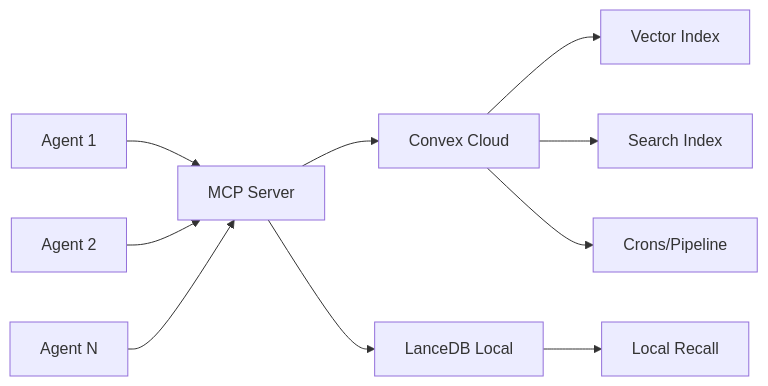
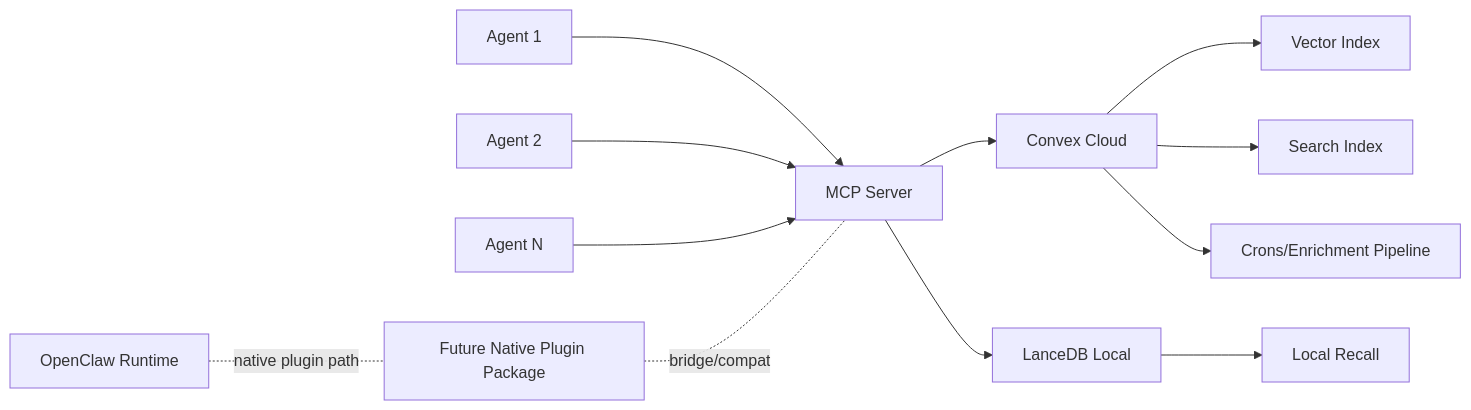
The first of 6 diagrams in docs/diagrams/architecture.md (RyanLisse/engram), drawn with Mermaid before and after one commit. The commit also changed other lines of this file and 5 other files, not shown here.

Commit message:
Refresh docs/diagrams and add philosophy + research synthesis

````diff
--- a/docs/diagrams/architecture.md
+++ b/docs/diagrams/architecture.md
@@ -3,12 +3,14 @@
 ```mermaid
 flowchart LR
     Agent1[Agent 1] --> MCP[MCP Server]
     Agent2[Agent 2] --> MCP
     Agent3[Agent N] --> MCP
+    OpenClaw[OpenClaw Runtime] -.native plugin path.- Plugin[Future Native Plugin Package]
+    Plugin -.bridge/compat.- MCP
     MCP --> Convex[Convex Cloud]
     MCP --> Lance[LanceDB Local]
     Convex --> VI[Vector Index]
     Convex --> SI[Search Index]
-    Convex --> Crons[Crons/Pipeline]
+    Convex --> Crons[Crons/Enrichment Pipeline]
     Lance --> LR[Local Recall]
 ```
````
